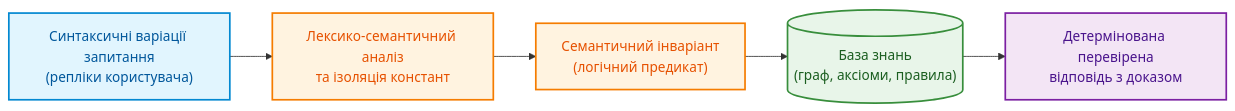
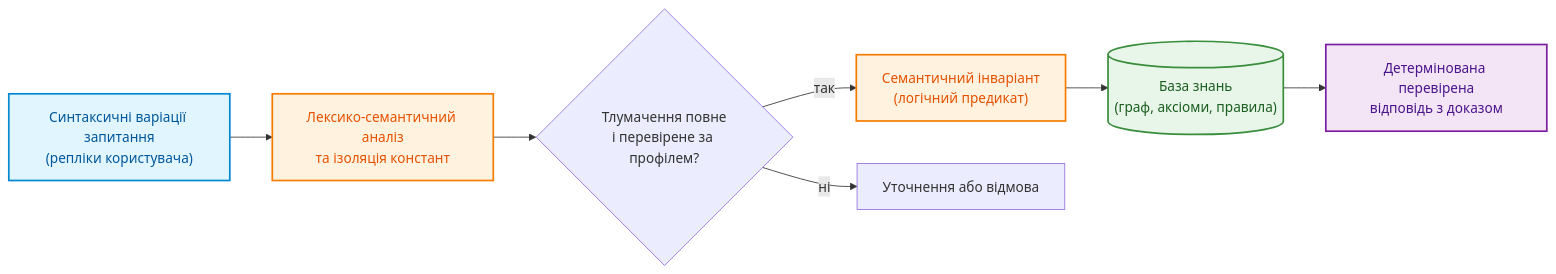
The first of 8 diagrams in ExpertSystem/ch13-language-variability-vs-determinism.md (nick-fedchik/articles), drawn with Mermaid before and after one commit. The commit also changed other lines of this file and 7 other files, not shown here.

````diff
--- a/ExpertSystem/ch13-language-variability-vs-determinism.md
+++ b/ExpertSystem/ch13-language-variability-vs-determinism.md
@@ -36,20 +44,22 @@
 ```mermaid
 flowchart LR
     accTitle: Компіляція синтаксичних варіацій запиту в детерміновану відповідь
     accDescr: Схема перетворення довільного формулювання запиту через лексико-семантичний аналіз у предикат над базою знань.
 
     U["Синтаксичні варіації запитання<br/>(репліки користувача)"] --> QA["Лексико-семантичний аналіз<br/>та ізоляція констант"]
-    QA --> SI["Семантичний інваріант<br/>(логічний предикат)"]
+    QA --> CHECK{"Тлумачення повне<br/>і перевірене за профілем?"}
+    CHECK -->|"так"| SI["Семантичний інваріант<br/>(логічний предикат)"]
+    CHECK -->|"ні"| CLAR["Уточнення або відмова"]
     SI --> KB[("База знань<br/>(граф, аксіоми, правила)")]
     KB --> DET["Детермінована перевірена<br/>відповідь з доказом"]
 
     classDef in fill:#e1f5fe,stroke:#0288d1,stroke-width:2px,color:#01579b;
     classDef proc fill:#fff3e0,stroke:#f57c00,stroke-width:2px,color:#e65100;
     classDef store fill:#e8f5e9,stroke:#388e3c,stroke-width:2px,color:#1b5e20;
     classDef out fill:#f3e5f5,stroke:#7b1fa2,stroke-width:2px,color:#4a148c;
 
     class U in;
     class QA,SI proc;
     class KB store;
     class DET out;
 ```
````
